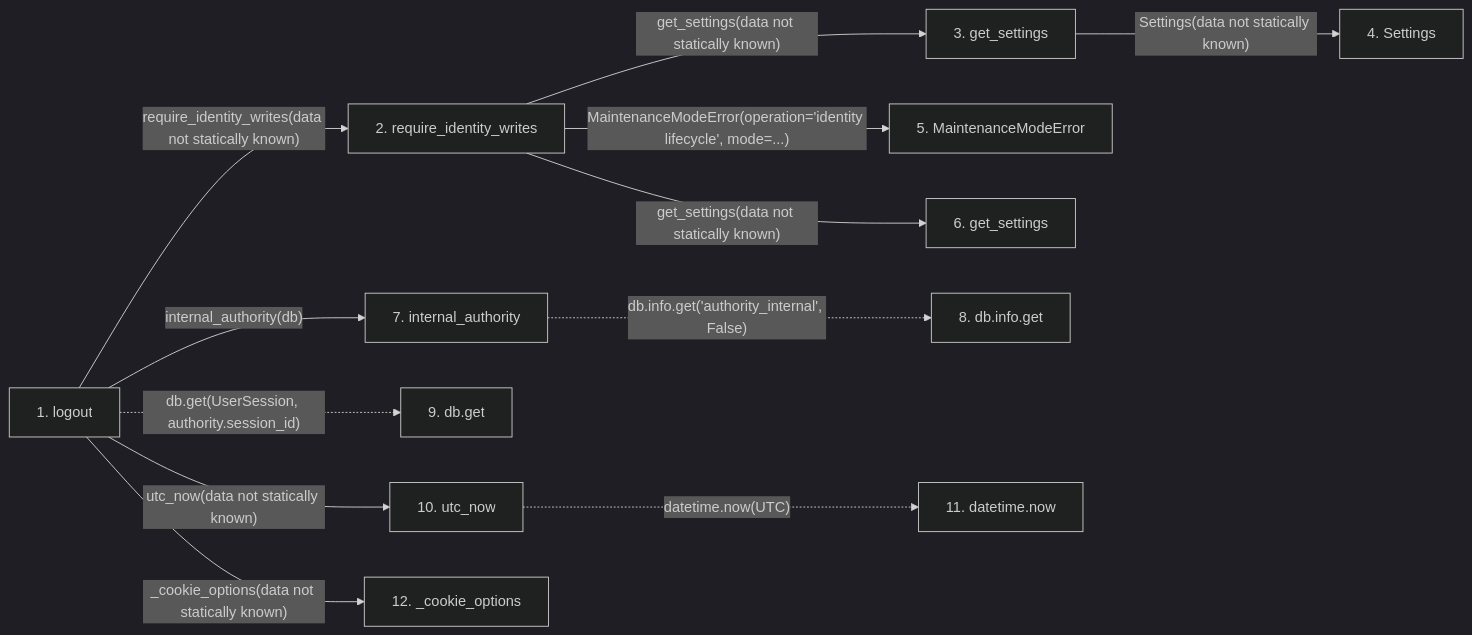
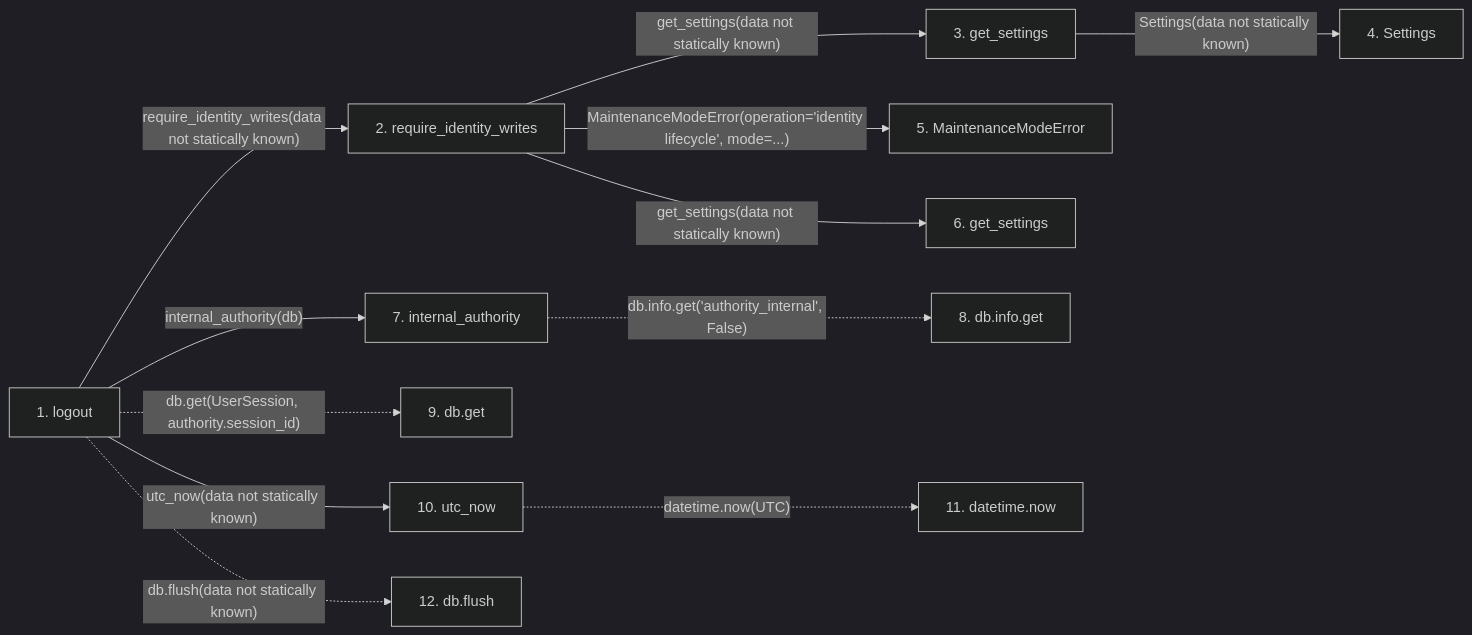
The second of 2 diagrams in docs/llm_wiki/flows/http-logout.md (Denissvgn/WorkChord), drawn with Mermaid (dark theme) before and after one commit. The commit also changed other lines of this file and 1048 other files, not shown here.

````diff
--- a/docs/llm_wiki/flows/http-logout.md
+++ b/docs/llm_wiki/flows/http-logout.md
@@ -86,35 +88,34 @@
 ```mermaid
 flowchart LR
     s1["1. logout"]
     s2["2. require_identity_writes"]
     s3["3. get_settings"]
     s4["4. Settings"]
     s5["5. MaintenanceModeError"]
     s6["6. get_settings"]
     s7["7. internal_authority"]
     s8["8. db.info.get"]
     s9["9. db.get"]
     s10["10. utc_now"]
     s11["11. datetime.now"]
-    s12["12. _cookie_options"]
+    s12["12. db.flush"]
     s1 -->|"require_identity_writes(data not statically known)"| s2
     s2 -->|"get_settings(data not statically known)"| s3
     s3 -->|"Settings(data not statically known)"| s4
     s2 -->|"MaintenanceModeError(operation='identity lifecycle', mode=...)"| s5
     s2 -->|"get_settings(data not statically known)"| s6
     s1 -->|"internal_authority(db)"| s7
     s7 -. "db.info.get('authority_internal', False)" .-> s8
     s1 -. "db.get(UserSession, authority.session_id)" .-> s9
     s1 -->|"utc_now(data not statically known)"| s10
     s10 -. "datetime.now(UTC)" .-> s11
-    s1 -->|"_cookie_options(data not statically known)"| s12
+    s1 -. "db.flush(data not statically known)" .-> s12
     click s1 "../modules/routers_identity.md"
     click s2 "../modules/identity_service.md"
     click s3 "../modules/config.md"
     click s4 "../modules/config.md"
     click s5 "../modules/maintenance.md"
     click s6 "../modules/config.md"
     click s7 "../modules/authority.md"
     click s10 "../modules/time.md"
-    click s12 "../modules/session_service.md"
 ```
````
